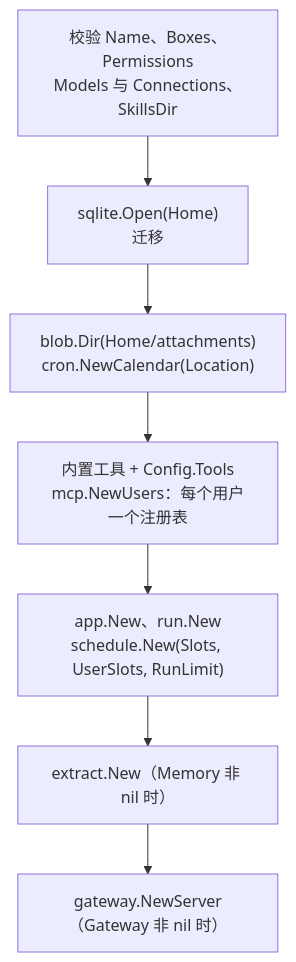
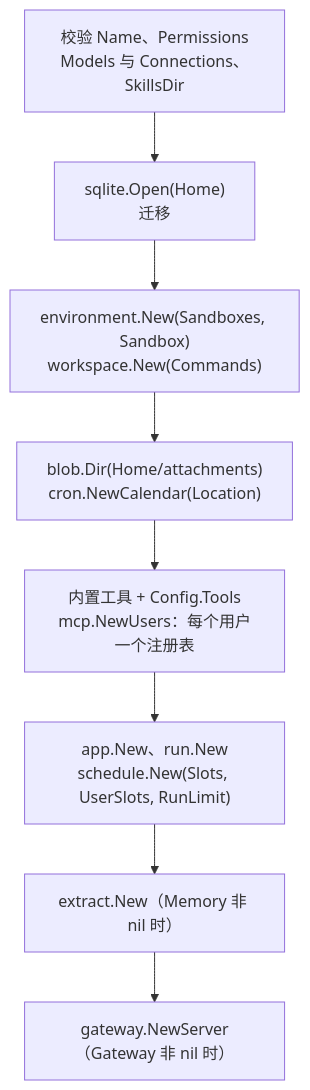
The diagram in docs/zh/integrate/embed.md (0xfakeSpike/ollupi-docs), drawn with Mermaid before and after one commit. The commit also changed other lines of this file and 35 other files, not shown here.

First line of the commit message:
Sandbox providers: an environment is one sandbox of a provider, this machine one of them

````diff
--- a/docs/zh/integrate/embed.md
+++ b/docs/zh/integrate/embed.md
@@ -17,9 +17,10 @@
 ```mermaid
 flowchart TD
-  A["校验 Name、Boxes、Permissions<br/>Models 与 Connections、SkillsDir"] --> B["sqlite.Open(Home)<br/>迁移"]
-  B --> C["blob.Dir(Home/attachments)<br/>cron.NewCalendar(Location)"]
+  A["校验 Name、Permissions<br/>Models 与 Connections、SkillsDir"] --> B["sqlite.Open(Home)<br/>迁移"]
+  B --> S["environment.New(Sandboxes, Sandbox)<br/>workspace.New(Commands)"]
+  S --> C["blob.Dir(Home/attachments)<br/>cron.NewCalendar(Location)"]
   C --> D["内置工具 + Config.Tools<br/>mcp.NewUsers：每个用户一个注册表"]
   D --> E["app.New、run.New<br/>schedule.New(Slots, UserSlots, RunLimit)"]
   E --> F["extract.New（Memory 非 nil 时）"]
   F --> G["gateway.NewServer（Gateway 非 nil 时）"]
 ```
````
